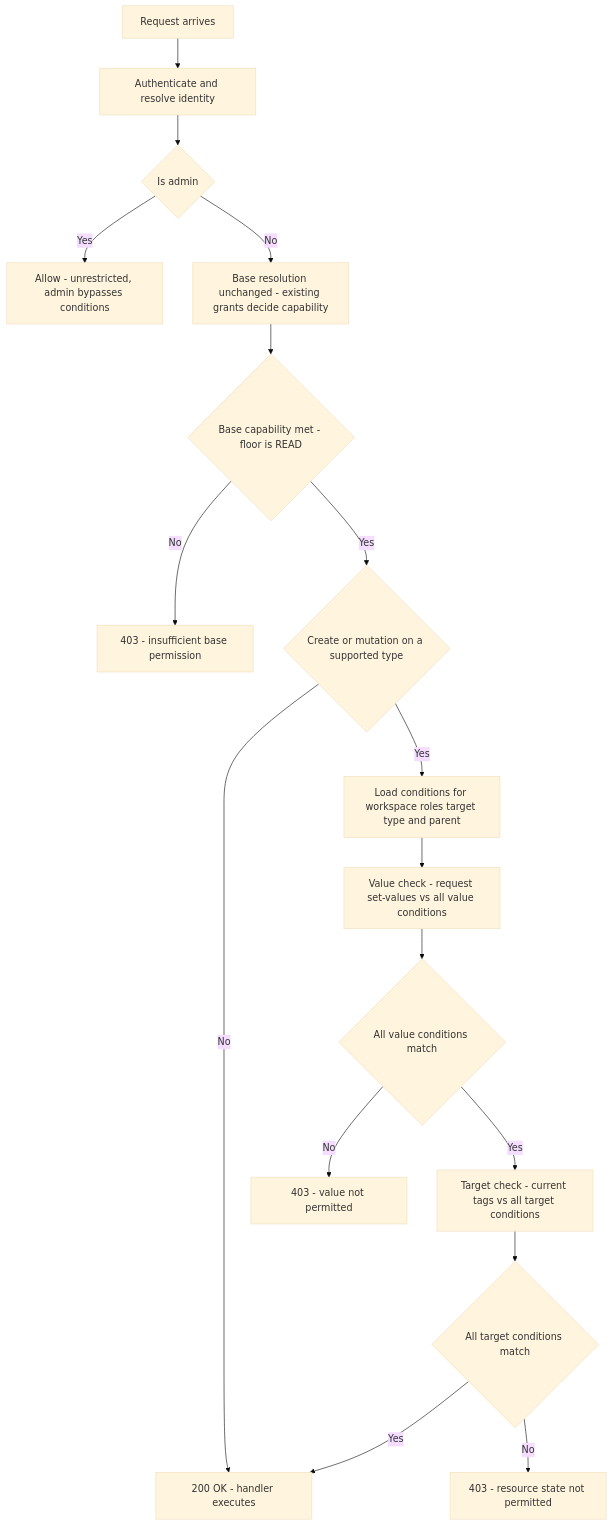
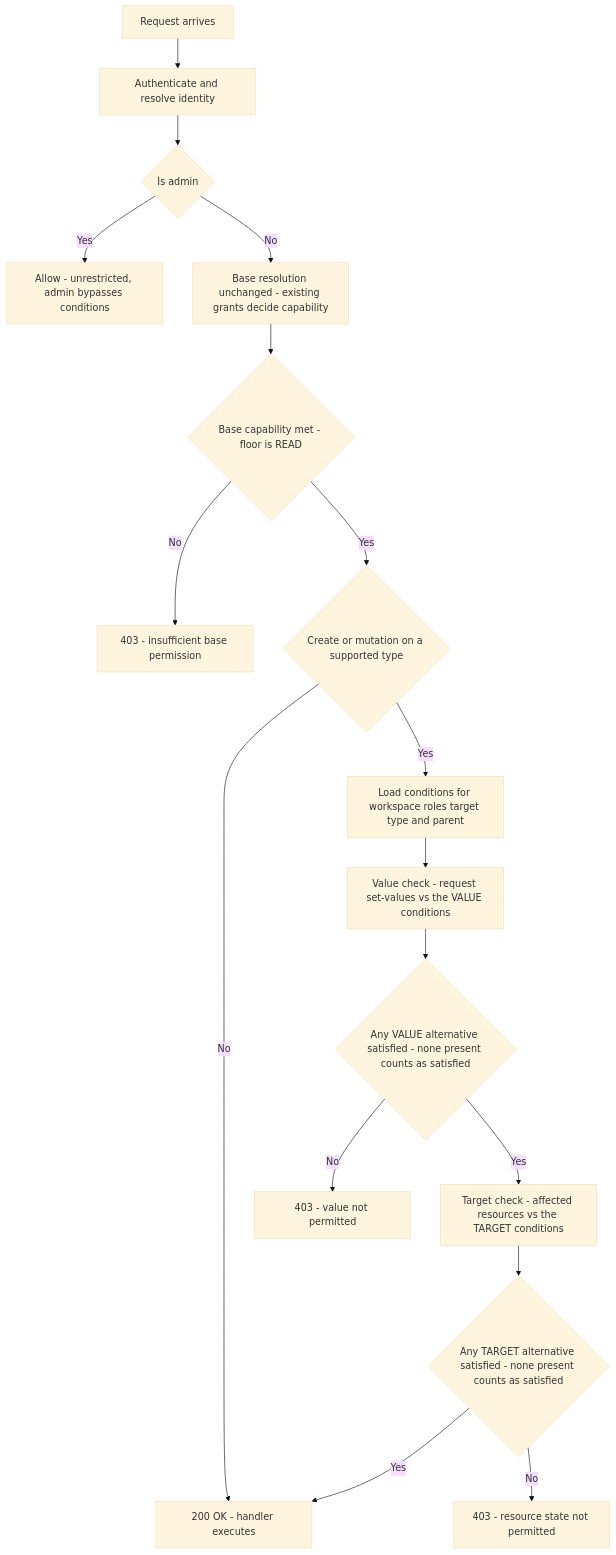
One commit to mlflow/rfcs changed the second of 8 diagrams in rfcs/0000-condition-based-access-control/0000-condition-based-access-control.md. Above: the diagram before and after it, drawn with Mermaid (base theme). The commit also changed other lines of this file, not shown here.

````diff
--- a/rfcs/0000-condition-based-access-control/0000-condition-based-access-control.md
+++ b/rfcs/0000-condition-based-access-control/0000-condition-based-access-control.md
@@ -409,19 +409,19 @@
 ```mermaid
 flowchart TD
     REQ[Request arrives] --> AUTHN[Authenticate and resolve identity]
     AUTHN --> ADMIN{Is admin}
     ADMIN -->|Yes| ALLOW[Allow - unrestricted, admin bypasses conditions]
     ADMIN -->|No| BASE["Base resolution unchanged - existing grants decide capability"]
     BASE --> BASE_CHECK{Base capability met - floor is READ}
     BASE_CHECK -->|No| DENY0[403 - insufficient base permission]
     BASE_CHECK -->|Yes| MUTATING{Create or mutation on a supported type}
     MUTATING -->|No| HANDLER[200 OK - handler executes]
     MUTATING -->|Yes| LOADC[Load conditions for workspace roles target type and parent]
-    LOADC --> VALUE[Value check - request set-values vs all value conditions]
-    VALUE --> VOK{All value conditions match}
+    LOADC --> VALUE[Value check - request set-values vs the VALUE conditions]
+    VALUE --> VOK{Any VALUE alternative satisfied - none present counts as satisfied}
     VOK -->|No| DENYV[403 - value not permitted]
-    VOK -->|Yes| TARGET[Target check - current tags vs all target conditions]
-    TARGET --> TOK{All target conditions match}
+    VOK -->|Yes| TARGET[Target check - affected resources vs the TARGET conditions]
+    TARGET --> TOK{Any TARGET alternative satisfied - none present counts as satisfied}
     TOK -->|Yes| HANDLER
     TOK -->|No| DENYT[403 - resource state not permitted]
 ```
````
